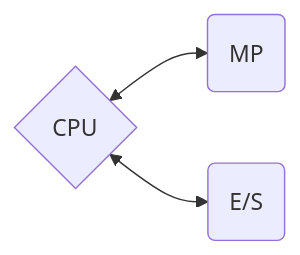
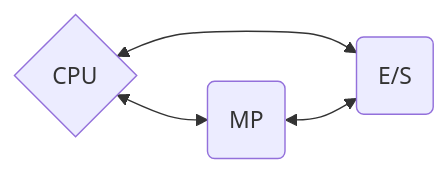
The first of 3 diagrams in UT1/Apuntes.md (canarydev/SOM_23-24), drawn with Mermaid before and after one commit. The commit also changed other lines of this file, not shown here.

````diff
--- a/UT1/Apuntes.md
+++ b/UT1/Apuntes.md
@@ -49,5 +49,6 @@
 ```mermaid
 graph LR
 A{CPU} <--> B(MP)
 A <--> C(E/S)
+B(MP) <--> C(E/S)
 ```
````
